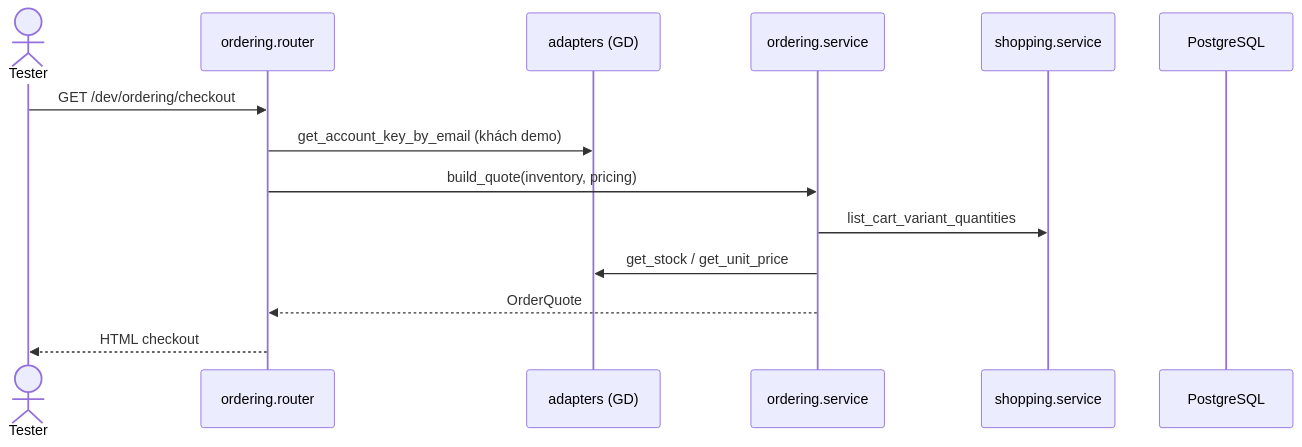
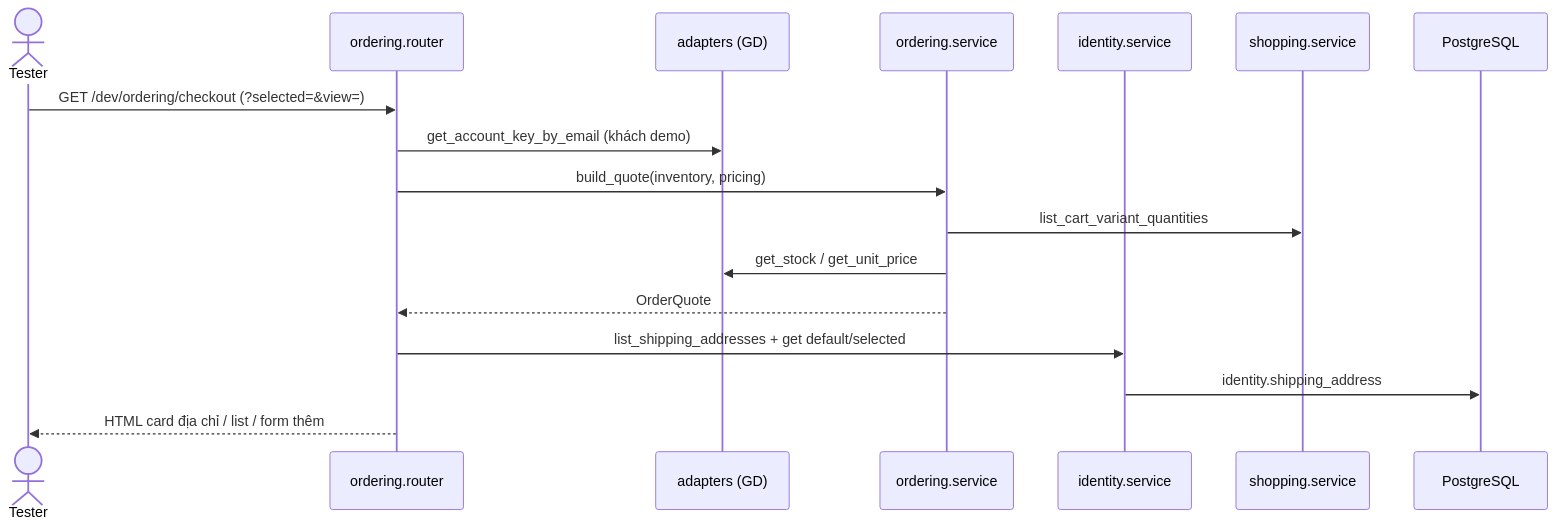
Before and after one commit to thanhklt/sobie-swimwear-e-commerce: the diagram in docs/sequence/ordering/dev-checkout.md, drawn with Mermaid. The commit also changed other lines of this file and 45 other files, not shown here.

Commit message:
feat(identity): sổ địa chỉ UC-41 và checkout chọn/thêm địa chỉ + cập nhật comment UC,AC cho folder repository và tests.

````diff
--- a/docs/sequence/ordering/dev-checkout.md
+++ b/docs/sequence/ordering/dev-checkout.md
@@ -5,17 +7,20 @@
 ```mermaid
 sequenceDiagram
   actor U as Tester
   participant R as ordering.router
   participant A as adapters (GD)
   participant S as ordering.service
+  participant Id as identity.service
   participant Shop as shopping.service
   participant DB as PostgreSQL
 
-  U->>R: GET /dev/ordering/checkout
+  U->>R: GET /dev/ordering/checkout (?selected=&view=)
   R->>A: get_account_key_by_email (khách demo)
   R->>S: build_quote(inventory, pricing)
   S->>Shop: list_cart_variant_quantities
   S->>A: get_stock / get_unit_price
   S-->>R: OrderQuote
-  R-->>U: HTML checkout
+  R->>Id: list_shipping_addresses + get default/selected
+  Id->>DB: identity.shipping_address
+  R-->>U: HTML card địa chỉ / list / form thêm
 ```
````
